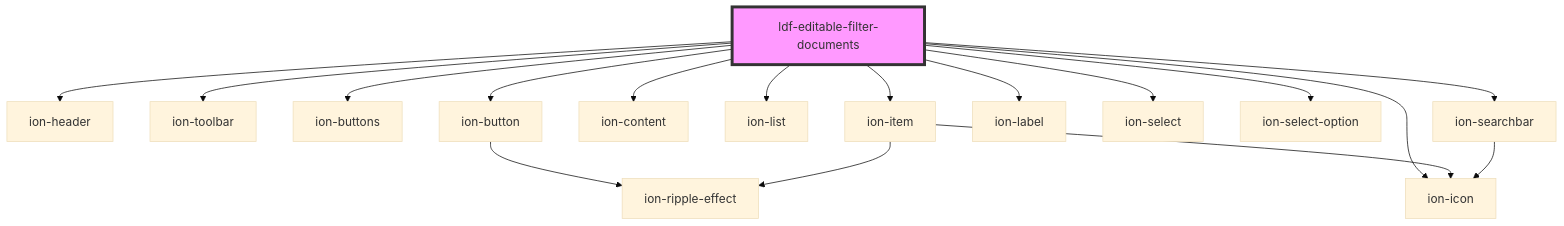
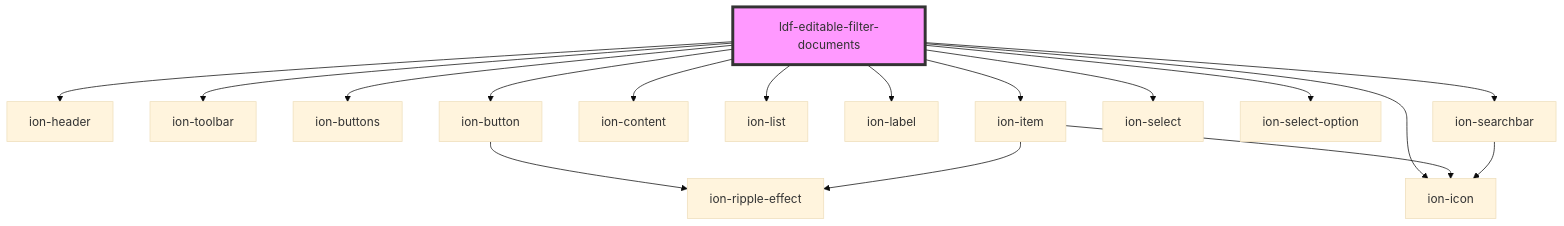
The diagram in components/src/components/editable-filter-documents/readme.md (gbj/venite), drawn with Mermaid (base theme) before and after one commit. The commit also changed other lines of this file and 3 other files, not shown here.

````diff
--- a/components/src/components/editable-filter-documents/readme.md
+++ b/components/src/components/editable-filter-documents/readme.md
@@ -67,20 +67,20 @@
 ```mermaid
 graph TD;
   ldf-editable-filter-documents --> ion-header
   ldf-editable-filter-documents --> ion-toolbar
   ldf-editable-filter-documents --> ion-buttons
   ldf-editable-filter-documents --> ion-button
   ldf-editable-filter-documents --> ion-icon
   ldf-editable-filter-documents --> ion-content
   ldf-editable-filter-documents --> ion-list
+  ldf-editable-filter-documents --> ion-label
   ldf-editable-filter-documents --> ion-item
-  ldf-editable-filter-documents --> ion-label
   ldf-editable-filter-documents --> ion-select
   ldf-editable-filter-documents --> ion-select-option
   ldf-editable-filter-documents --> ion-searchbar
   ion-button --> ion-ripple-effect
   ion-item --> ion-icon
   ion-item --> ion-ripple-effect
   ion-searchbar --> ion-icon
   style ldf-editable-filter-documents fill:#f9f,stroke:#333,stroke-width:4px
 ```
````
